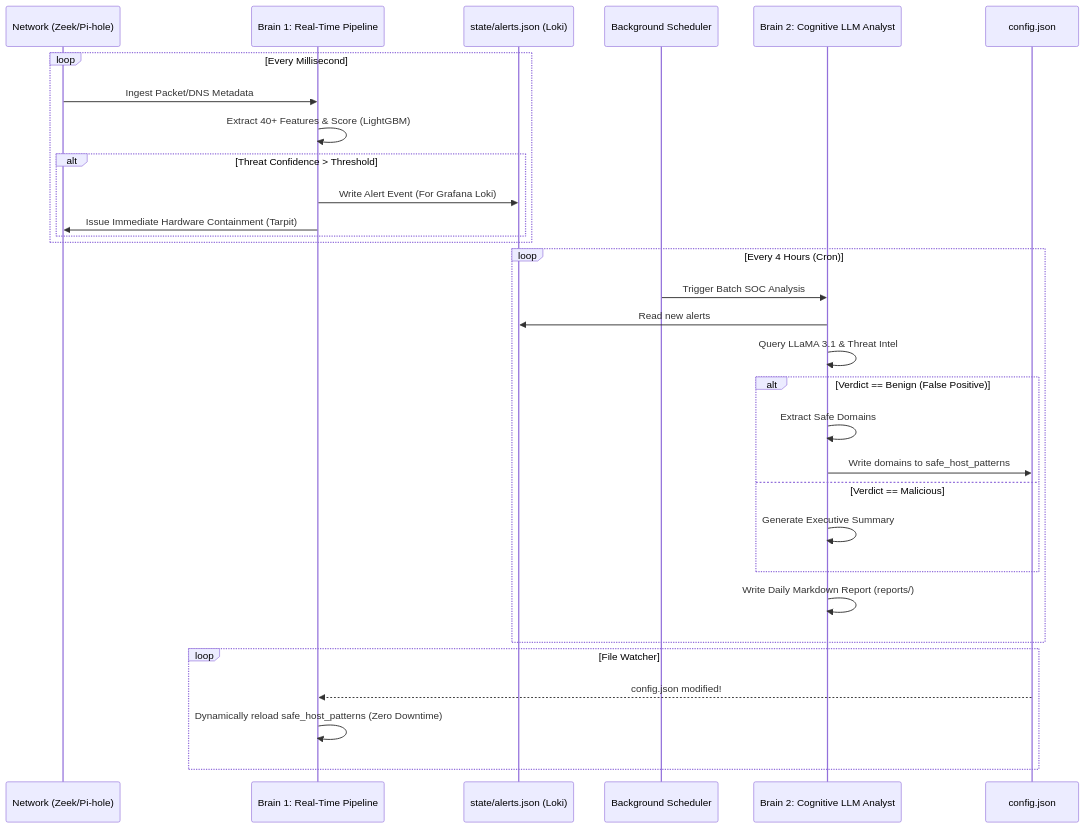
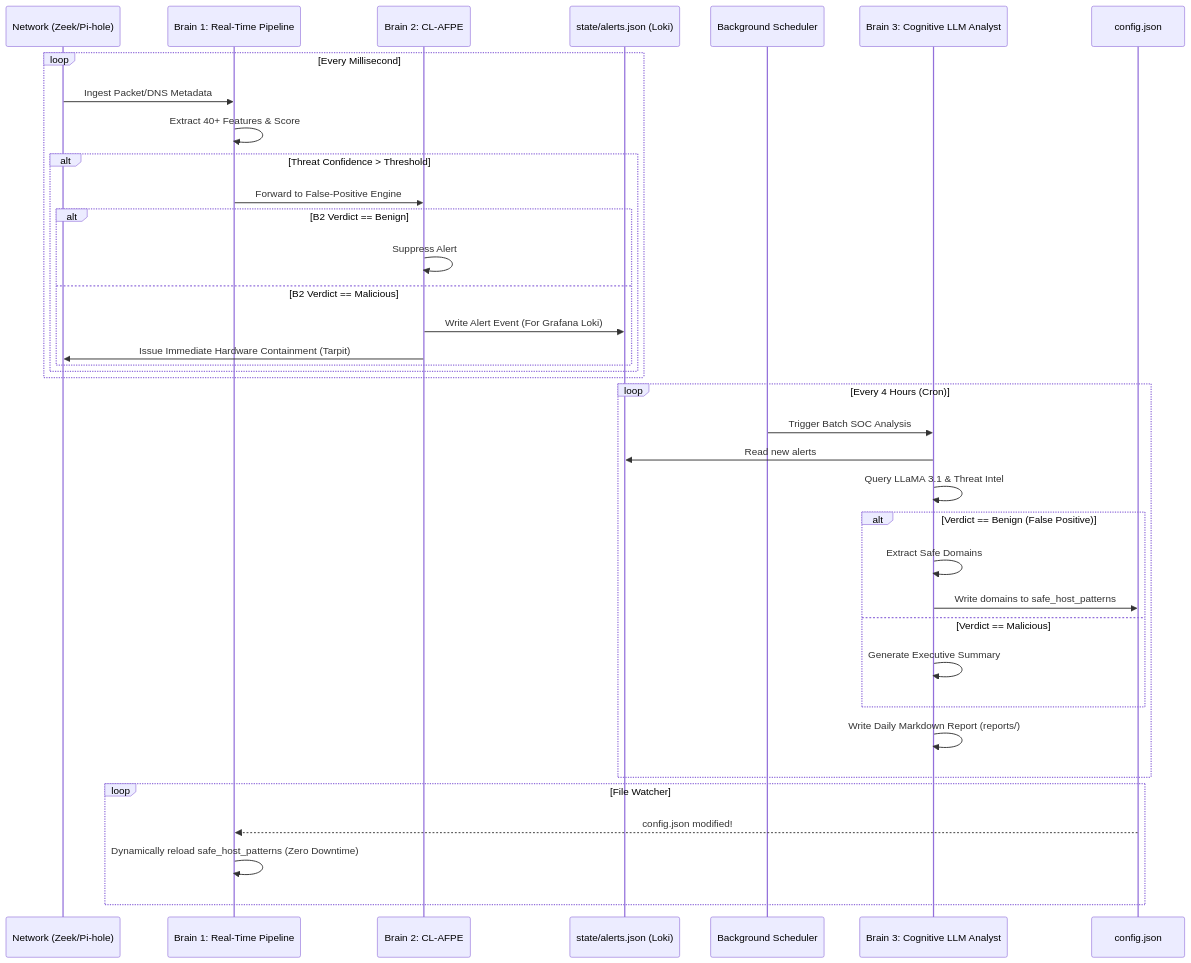
The diagram in USER_MANUAL.md (gsaket-sky/home-ids), drawn with Mermaid before and after one commit. The commit also changed other lines of this file, not shown here.

Commit message:
Update USER_MANUAL to Tri-Brain architecture

````diff
--- a/USER_MANUAL.md
+++ b/USER_MANUAL.md
@@ -38,39 +43,45 @@
 ```mermaid
 sequenceDiagram
     participant Net as Network (Zeek/Pi-hole)
     participant B1 as Brain 1: Real-Time Pipeline
+    participant B2 as Brain 2: CL-AFPE
     participant Alert as state/alerts.json (Loki)
     participant Sched as Background Scheduler
-    participant B2 as Brain 2: Cognitive LLM Analyst
+    participant B3 as Brain 3: Cognitive LLM Analyst
     participant Cfg as config.json
 
     %% Real-time flow
     loop Every Millisecond
         Net->>B1: Ingest Packet/DNS Metadata
-        B1->>B1: Extract 40+ Features & Score (LightGBM)
+        B1->>B1: Extract 40+ Features & Score
         alt Threat Confidence > Threshold
-            B1->>Alert: Write Alert Event (For Grafana Loki)
-            B1->>Net: Issue Immediate Hardware Containment (Tarpit)
+            B1->>B2: Forward to False-Positive Engine
+            alt B2 Verdict == Benign
+                B2->>B2: Suppress Alert
+            else B2 Verdict == Malicious
+                B2->>Alert: Write Alert Event (For Grafana Loki)
+                B2->>Net: Issue Immediate Hardware Containment (Tarpit)
+            end
         end
     end
 
     %% Background Scheduled Flow
     loop Every 4 Hours (Cron)
-        Sched->>B2: Trigger Batch SOC Analysis
-        B2->>Alert: Read new alerts
-        B2->>B2: Query LLaMA 3.1 & Threat Intel
+        Sched->>B3: Trigger Batch SOC Analysis
+        B3->>Alert: Read new alerts
+        B3->>B3: Query LLaMA 3.1 & Threat Intel
         alt Verdict == Benign (False Positive)
-            B2->>B2: Extract Safe Domains
-            B2->>Cfg: Write domains to safe_host_patterns
+            B3->>B3: Extract Safe Domains
+            B3->>Cfg: Write domains to safe_host_patterns
         else Verdict == Malicious
-            B2->>B2: Generate Executive Summary
+            B3->>B3: Generate Executive Summary
         end
-        B2->>B2: Write Daily Markdown Report (reports/)
+        B3->>B3: Write Daily Markdown Report (reports/)
     end
 
     %% Configuration Live Reload
     loop File Watcher
         Cfg-->>B1: config.json modified!
         B1->>B1: Dynamically reload safe_host_patterns (Zero Downtime)
     end
 ```
````
